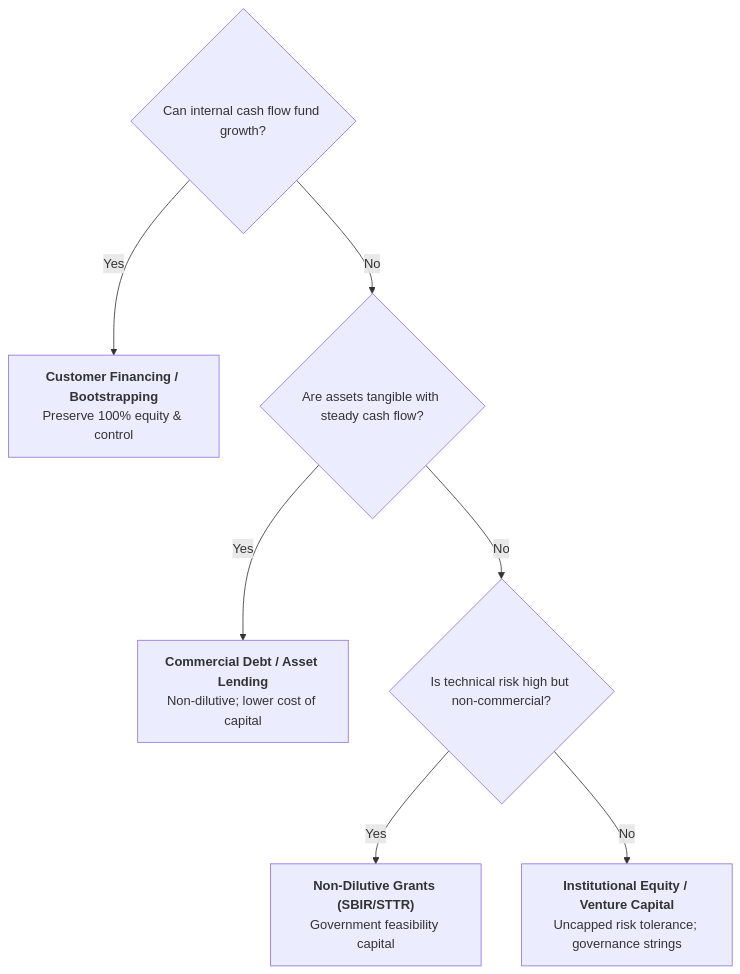
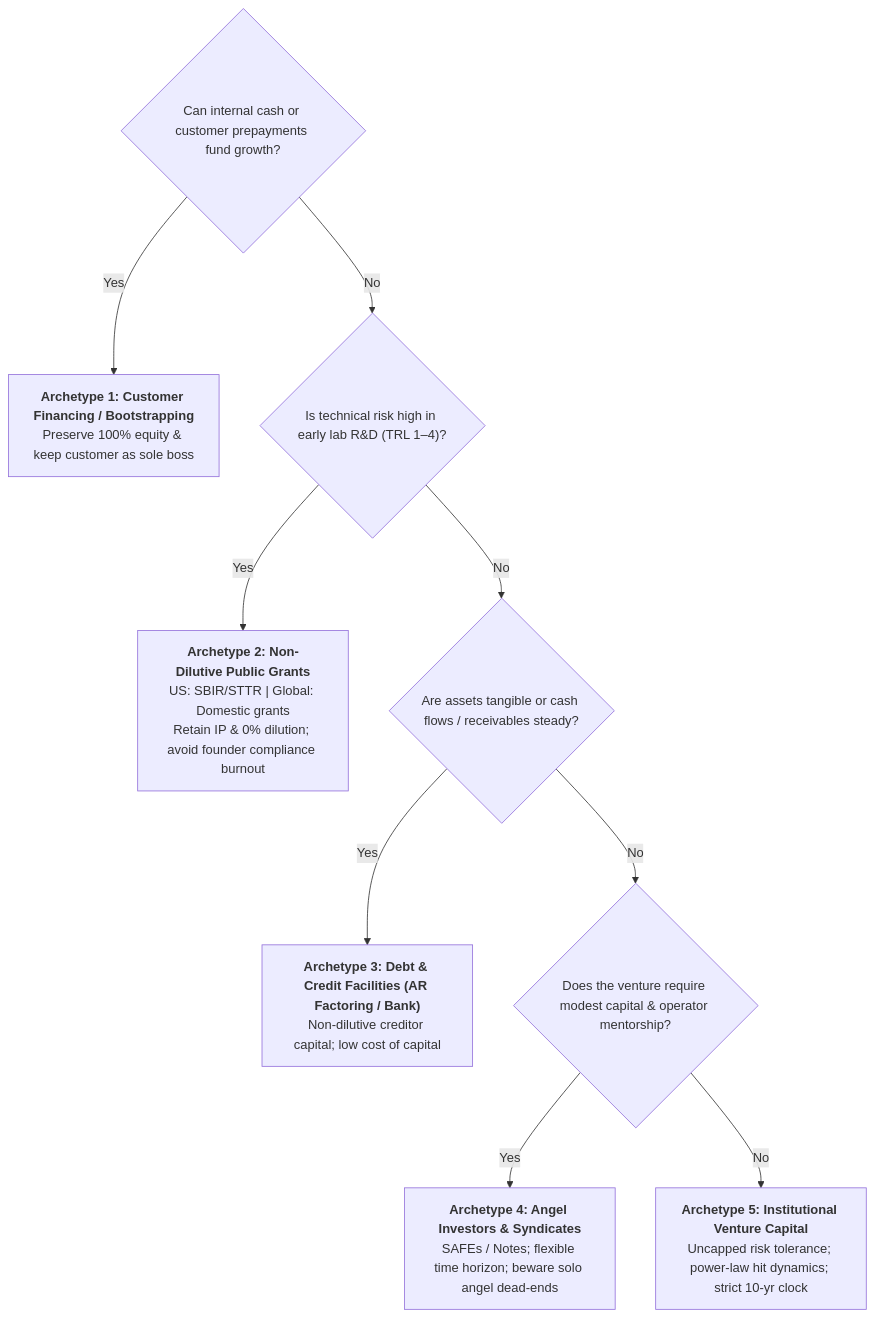
Before and after one commit to nghuyenthevinh2000/innovation-research: the second of 2 diagrams in stages/stage-6-venture-derisking-and-capital.md, drawn with Mermaid. The commit also changed other lines of this file and 3 other files, not shown here.

````diff
--- a/stages/stage-6-venture-derisking-and-capital.md
+++ b/stages/stage-6-venture-derisking-and-capital.md
@@ -56,12 +60,15 @@
 ```mermaid
 flowchart TD
-    Start{"Can internal cash flow fund growth?"}
-    Start -- Yes --> Boot["<b>Customer Financing / Bootstrapping</b><br/>Preserve 100% equity & control"]
-    Start -- No --> Q2{"Are assets tangible with steady cash flow?"}
+    Start{"Can internal cash or customer prepayments fund growth?"}
+    Start -- Yes --> Boot["<b>Archetype 1: Customer Financing / Bootstrapping</b><br/>Preserve 100% equity & keep customer as sole boss"]
+    Start -- No --> Q2{"Is technical risk high in early lab R&D (TRL 1–4)?"}
     
-    Q2 -- Yes --> Debt["<b>Commercial Debt / Asset Lending</b><br/>Non-dilutive; lower cost of capital"]
-    Q2 -- No --> Q3{"Is technical risk high but non-commercial?"}
+    Q2 -- Yes --> Grants["<b>Archetype 2: Non-Dilutive Public Grants</b><br/>US: SBIR/STTR | Global: Domestic grants<br/>Retain IP & 0% dilution; avoid founder compliance burnout"]
+    Q2 -- No --> Q3{"Are assets tangible or cash flows / receivables steady?"}
     
-    Q3 -- Yes --> Grants["<b>Non-Dilutive Grants (SBIR/STTR)</b><br/>Government feasibility capital"]
-    Q3 -- No --> Equity["<b>Institutional Equity / Venture Capital</b><br/>Uncapped risk tolerance; governance strings"]
+    Q3 -- Yes --> Debt["<b>Archetype 3: Debt & Credit Facilities (AR Factoring / Bank)</b><br/>Non-dilutive creditor capital; low cost of capital"]
+    Q3 -- No --> Q4{"Does the venture require modest capital & operator mentorship?"}
+    
+    Q4 -- Yes --> Angels["<b>Archetype 4: Angel Investors & Syndicates</b><br/>SAFEs / Notes; flexible time horizon; beware solo angel dead-ends"]
+    Q4 -- No --> Equity["<b>Archetype 5: Institutional Venture Capital</b><br/>Uncapped risk tolerance; power-law hit dynamics; strict 10-yr clock"]
 ```
````
